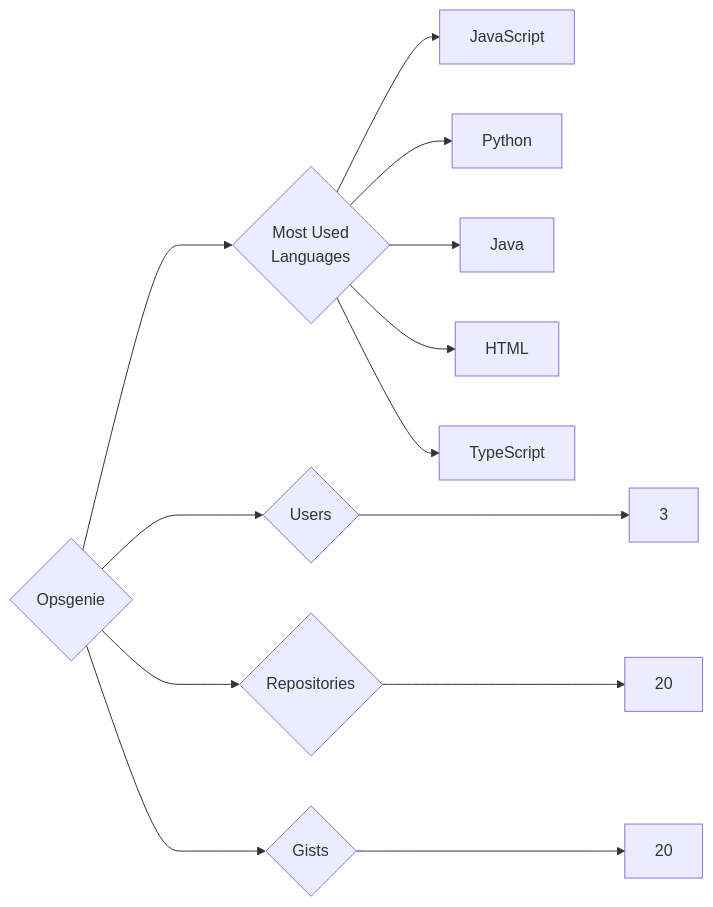
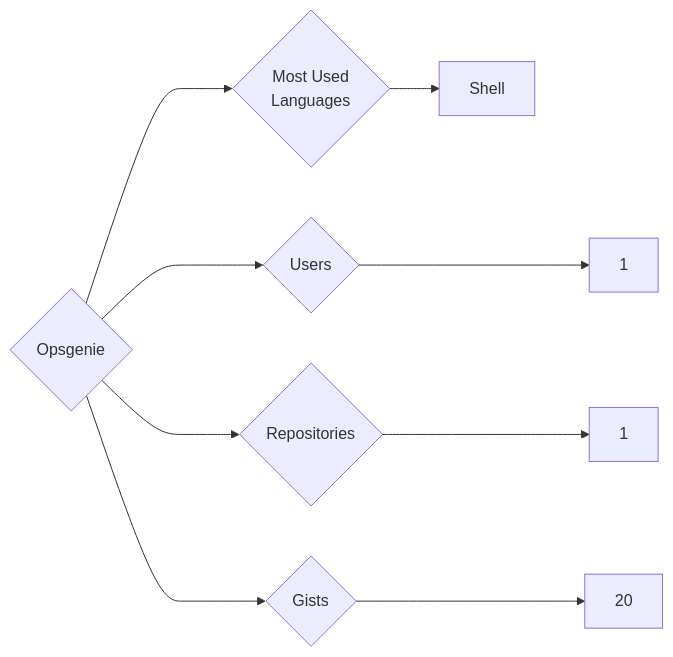
Before and after one commit to trickest/insiders: the diagram in targets/Opsgenie/README.md, drawn with Mermaid. The commit also changed 787 other files, not shown here.

````diff
--- a/targets/Opsgenie/README.md
+++ b/targets/Opsgenie/README.md
@@ -3,13 +3,9 @@
 ```mermaid
 graph LR
 COMPANY_NAME{Opsgenie}
-COMPANY_NAME ---> U{Users} ---> UN[3]
-COMPANY_NAME ---> R{Repositories} ---> RN[20]
+COMPANY_NAME ---> U{Users} ---> UN[1]
+COMPANY_NAME ---> R{Repositories} ---> RN[1]
 COMPANY_NAME ---> G{Gists} ---> GN[20]
 COMPANY_NAME ---> ML{Most Used<br>Languages}
-ML --> JavaScript[JavaScript]
-ML --> Python[Python]
-ML --> Java[Java]
-ML --> HTML[HTML]
-ML --> TypeScript[TypeScript]
+ML --> Shell[Shell]
 ```
````
